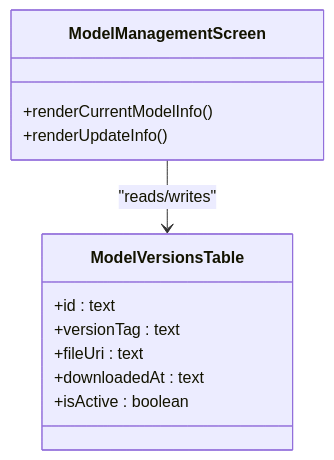
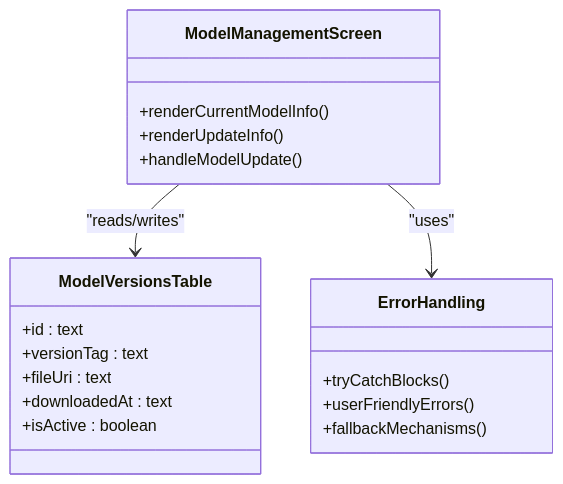
One commit to AdeelTahir-SE/DermSight changed the seventh of 9 diagrams in .qoder/repowiki/en/content/Settings and Configuration.md. Above: the diagram before and after it, drawn with Mermaid. The commit also changed other lines of this file and 43 other files, not shown here.

````diff
--- a/.qoder/repowiki/en/content/Settings and Configuration.md
+++ b/.qoder/repowiki/en/content/Settings and Configuration.md
@@ -218,15 +343,22 @@
 ```mermaid
 classDiagram
 class ModelManagementScreen {
 +renderCurrentModelInfo()
 +renderUpdateInfo()
++handleModelUpdate()
 }
 class ModelVersionsTable {
 +id : text
 +versionTag : text
 +fileUri : text
 +downloadedAt : text
 +isActive : boolean
 }
+class ErrorHandling {
++tryCatchBlocks()
++userFriendlyErrors()
++fallbackMechanisms()
+}
 ModelManagementScreen --> ModelVersionsTable : "reads/writes"
+ModelManagementScreen --> ErrorHandling : "uses"
 ```
````
